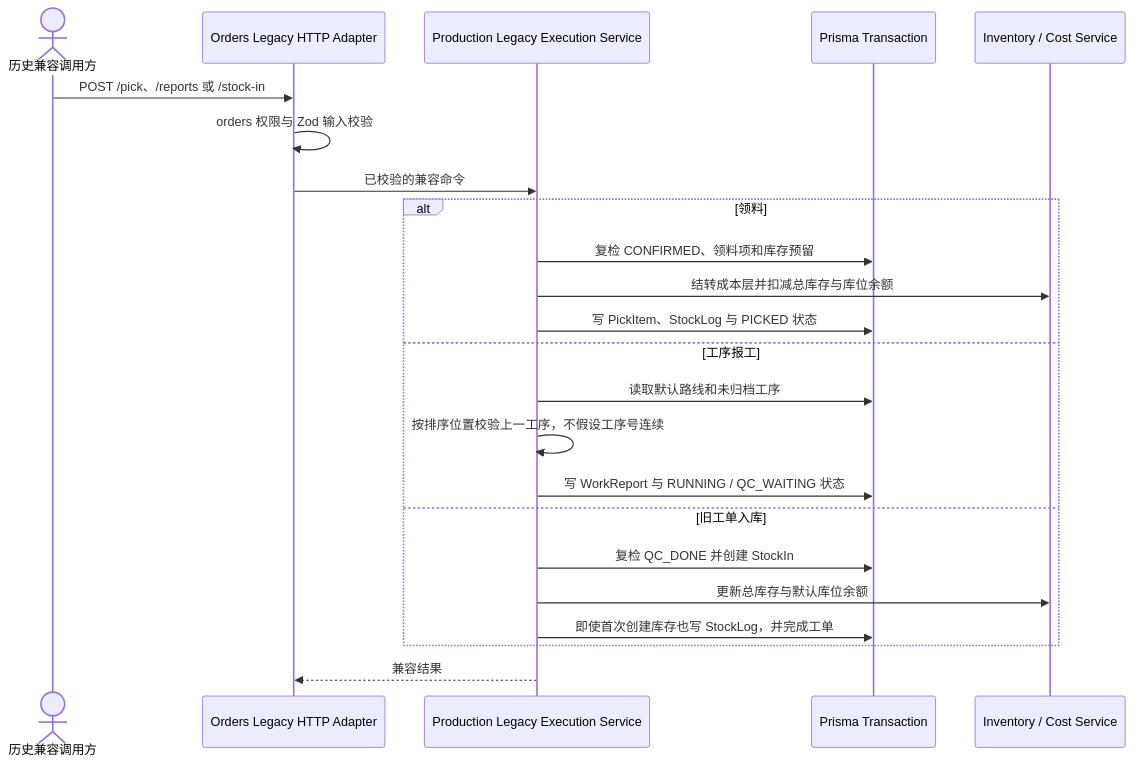
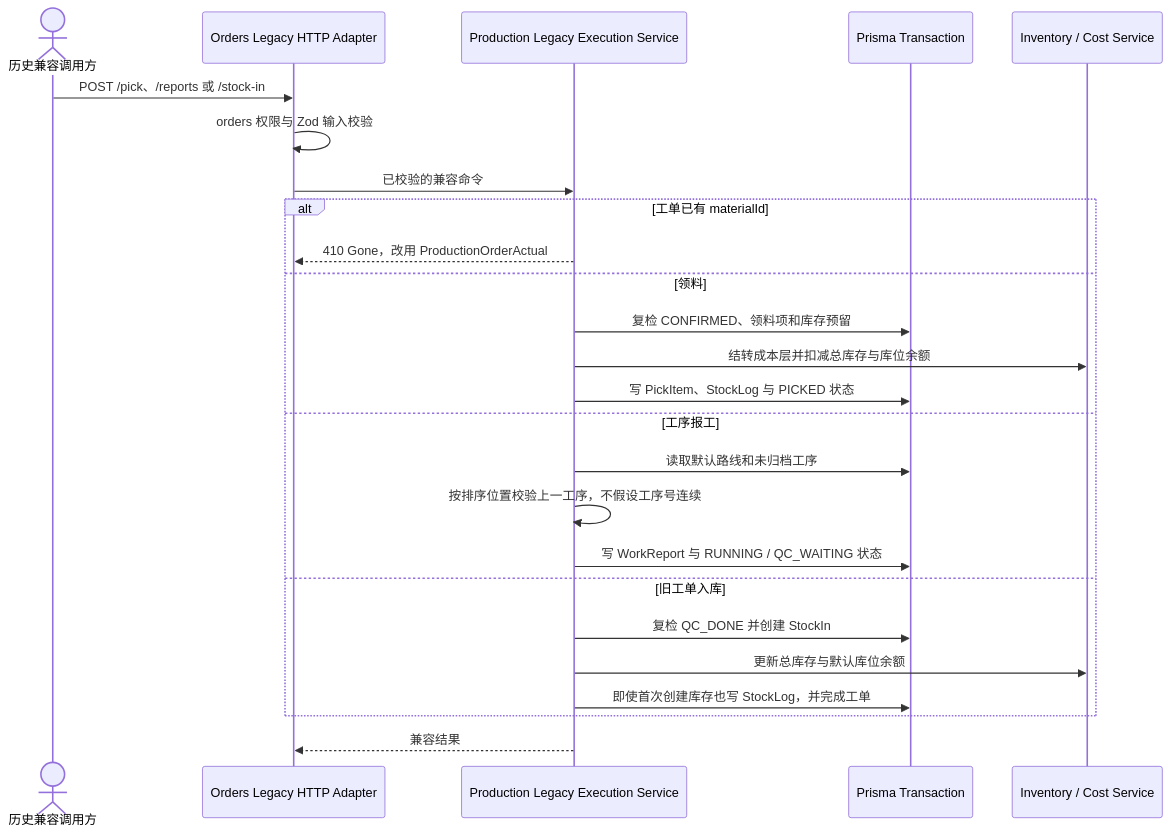
Diagram 17 of 17 in docs/architecture/系统时序图.md (goldf2/mes-lite), drawn with Mermaid before and after one commit. The commit also changed other lines of this file and 34 other files, not shown here.

````diff
--- a/docs/architecture/系统时序图.md
+++ b/docs/architecture/系统时序图.md
@@ -534,26 +536,28 @@
 ```mermaid
 sequenceDiagram
   actor H as 历史兼容调用方
   participant API as Orders Legacy HTTP Adapter
   participant S as Production Legacy Execution Service
   participant DB as Prisma Transaction
   participant I as Inventory / Cost Service
 
   H->>API: POST /pick、/reports 或 /stock-in
   API->>API: orders 权限与 Zod 输入校验
   API->>S: 已校验的兼容命令
-  alt 领料
+  alt 工单已有 materialId
+    S-->>API: 410 Gone，改用 ProductionOrderActual
+  else 领料
     S->>DB: 复检 CONFIRMED、领料项和库存预留
     S->>I: 结转成本层并扣减总库存与库位余额
     S->>DB: 写 PickItem、StockLog 与 PICKED 状态
   else 工序报工
     S->>DB: 读取默认路线和未归档工序
     S->>S: 按排序位置校验上一工序，不假设工序号连续
     S->>DB: 写 WorkReport 与 RUNNING / QC_WAITING 状态
   else 旧工单入库
     S->>DB: 复检 QC_DONE 并创建 StockIn
     S->>I: 更新总库存与默认库位余额
     S->>DB: 即使首次创建库存也写 StockLog，并完成工单
   end
   S-->>API: 兼容结果
 ```
````
